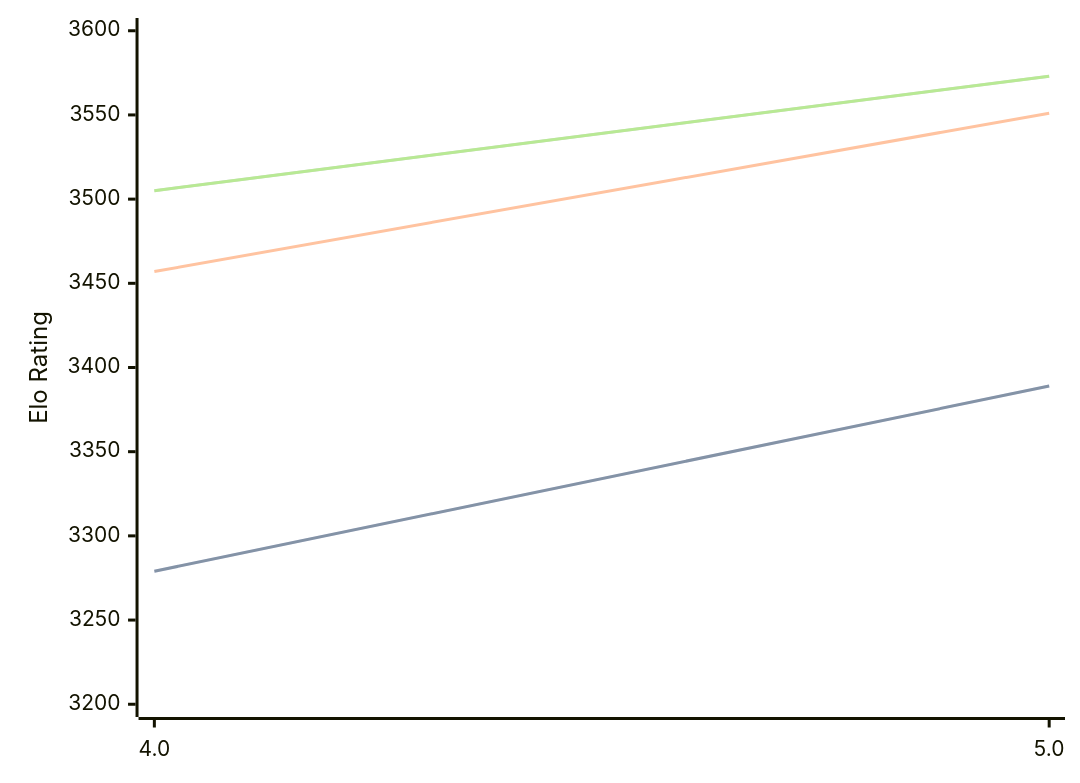
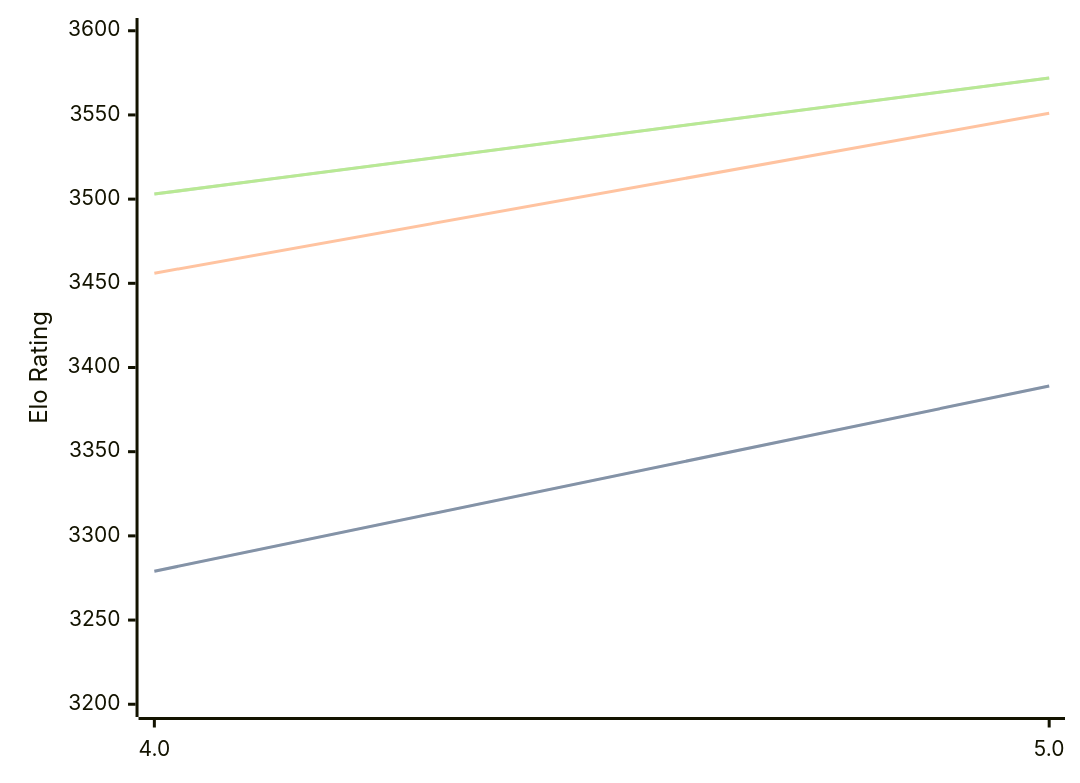
The diagram in engines/Tarnished.md (computer-chess-index/cci), drawn with Mermaid before and after one commit. The commit also changed other lines of this file, not shown here.

Commit message:
Update CCI Ratings (ELO VLTC) - 2026-04-06

````diff
--- a/engines/Tarnished.md
+++ b/engines/Tarnished.md
@@ -36,11 +36,11 @@
 ```mermaid
 %%{init: {"theme":"base","themeVariables":{"seriesColors:['#a3a3a3','#222221','#faa371']}}}%%
 xychart-beta
   x-axis ["4.0", "5.0"]
   y-axis "Elo Rating" 3200 --> 3600
   line "STC (8.0+0.08s)" [3279, 3389]
   line "STC (8.0+0.08s)" [3279, 3389]
-  line "LTC (60.0+0.60s)" [3457, 3551]
-  line "VLTC (2m24s+1.12s)" [3505, 3573]
-  line "VLTC (2m24s+1.12s)" [3505, 3573]
+  line "LTC (60.0+0.60s)" [3456, 3551]
+  line "VLTC (2m24s+1.12s)" [3503, 3572]
+  line "VLTC (2m24s+1.12s)" [3503, 3572]
 ```
````
